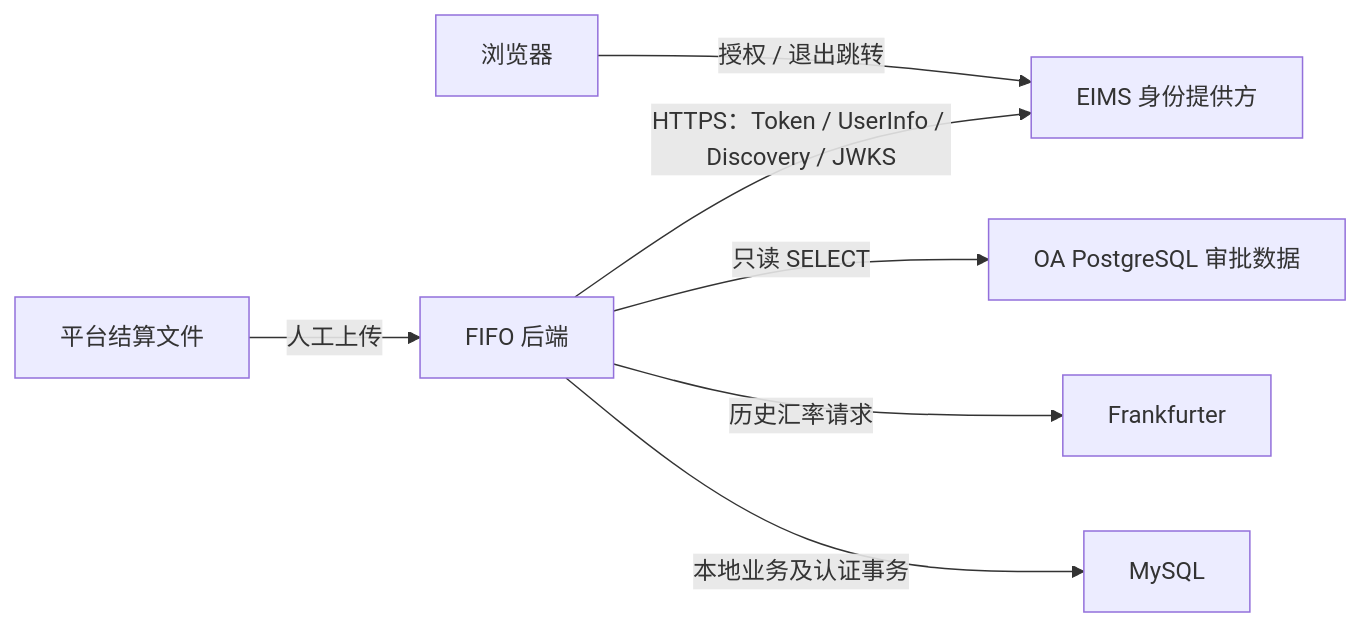
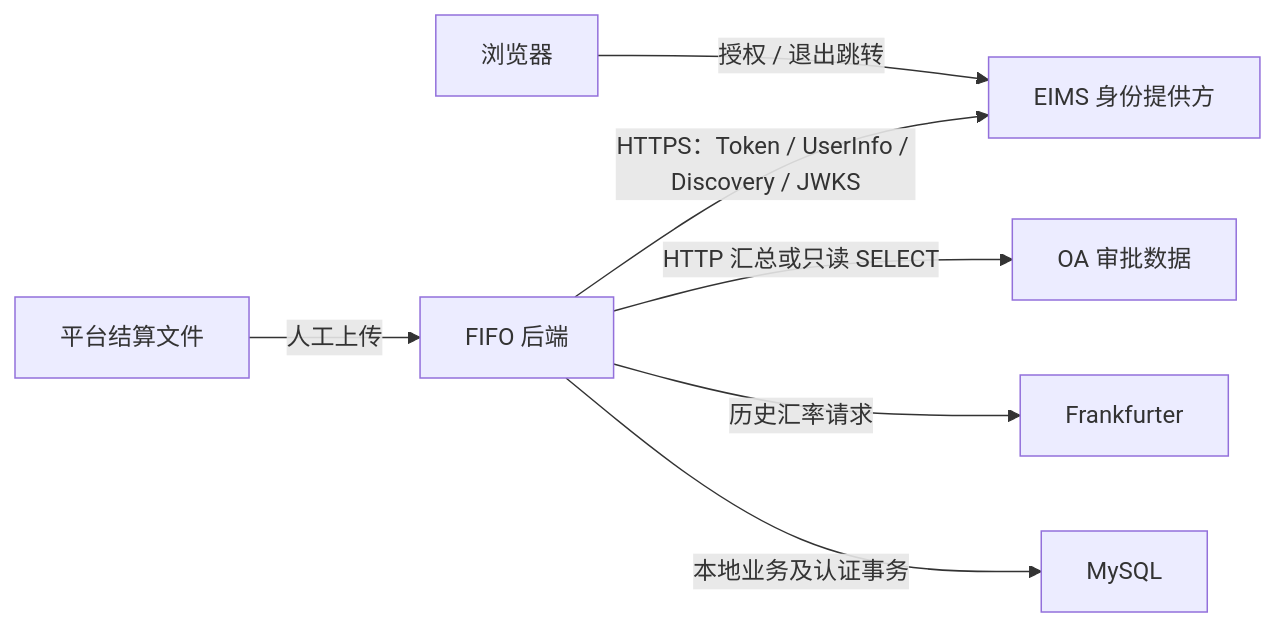
Before and after one commit to yueweiit/FastAPIProject: the diagram in docs/knowledge/integrations.md, drawn with Mermaid. The commit also changed other lines of this file and 8 other files, not shown here.

````diff
--- a/docs/knowledge/integrations.md
+++ b/docs/knowledge/integrations.md
@@ -15,9 +15,9 @@
 ```mermaid
 flowchart LR
     B["浏览器"] -->|"授权 / 退出跳转"| E["EIMS 身份提供方"]
     A["FIFO 后端"] -->|"HTTPS：Token / UserInfo / Discovery / JWKS"| E
-    A -->|"只读 SELECT"| O["OA PostgreSQL 审批数据"]
+    A -->|"HTTP 汇总或只读 SELECT"| O["OA 审批数据"]
     A -->|"历史汇率请求"| F["Frankfurter"]
     P["平台结算文件"] -->|"人工上传"| A
     A -->|"本地业务及认证事务"| M["MySQL"]
 ```
````
